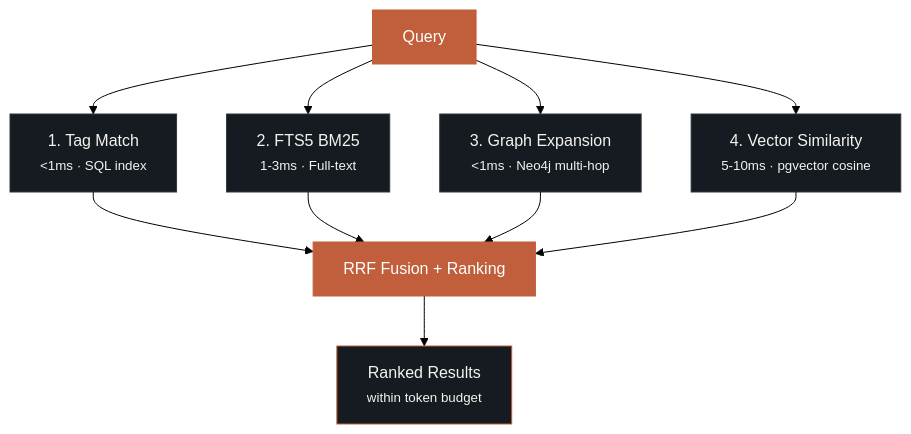
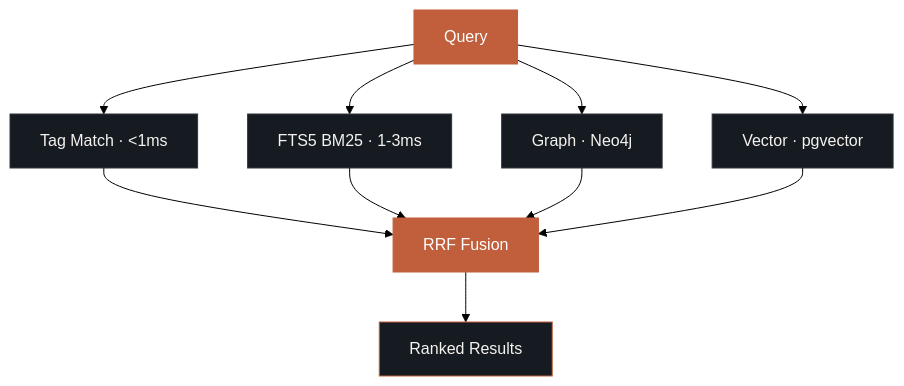
Before and after one commit to bolnet/agent-memory: the diagram in README.md, drawn with Mermaid (forest theme). The commit also changed 1 other file, not shown here.

Commit message:
Add LICENSE file and fix mermaid diagram text truncation

````diff
--- a/README.md
+++ b/README.md
@@ -106,20 +106,20 @@
 ```mermaid
 graph TD
-    Q["Query"] --> T["1. Tag Match<br/><small>&lt;1ms · SQL index</small>"]
-    Q --> F["2. FTS5 BM25<br/><small>1-3ms · Full-text</small>"]
-    Q --> G["3. Graph Expansion<br/><small>&lt;1ms · Neo4j multi-hop</small>"]
-    Q --> V["4. Vector Similarity<br/><small>5-10ms · pgvector cosine</small>"]
-    T --> R["RRF Fusion + Ranking"]
+    Q[Query] --> T["Tag Match · &lt;1ms"]
+    Q --> F["FTS5 BM25 · 1-3ms"]
+    Q --> G["Graph · Neo4j"]
+    Q --> V["Vector · pgvector"]
+    T --> R[RRF Fusion]
     F --> R
     G --> R
     V --> R
-    R --> O["Ranked Results<br/><small>within token budget</small>"]
+    R --> O[Ranked Results]
 
     style Q fill:#C15F3C,stroke:#C15F3C,color:#fff
     style R fill:#C15F3C,stroke:#C15F3C,color:#fff
     style O fill:#161b22,stroke:#C15F3C,color:#F4F3EE
     style T fill:#161b22,stroke:#30363d,color:#F4F3EE
     style F fill:#161b22,stroke:#30363d,color:#F4F3EE
     style G fill:#161b22,stroke:#30363d,color:#F4F3EE
     style V fill:#161b22,stroke:#30363d,color:#F4F3EE
 ```
````
